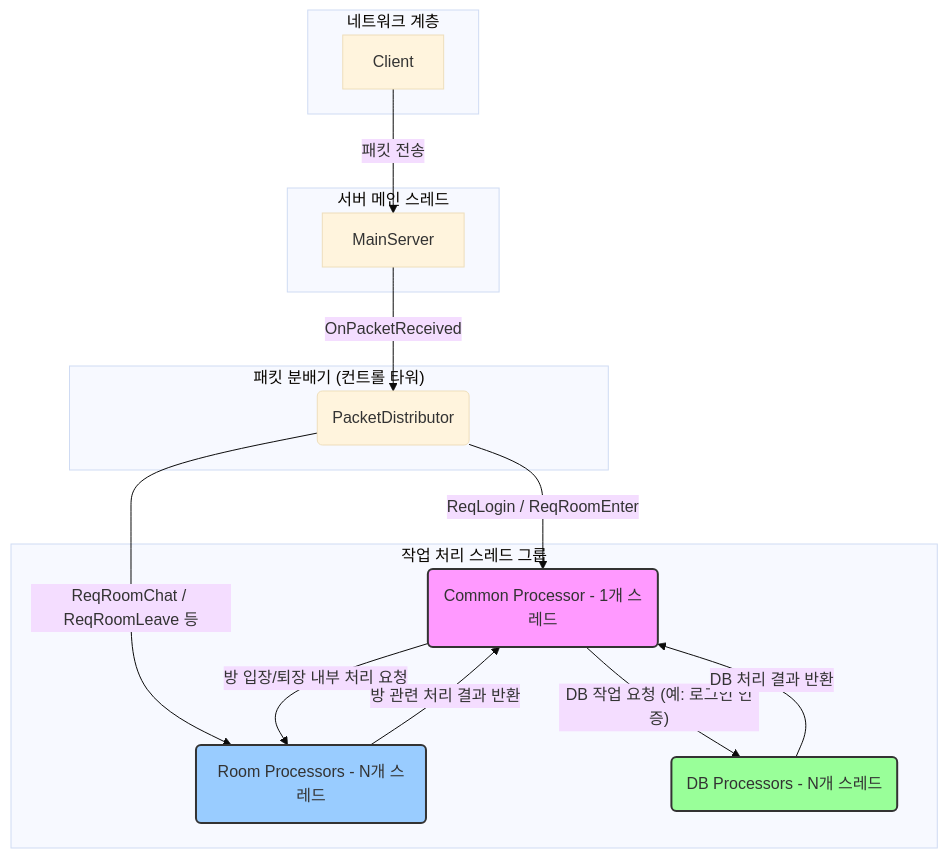
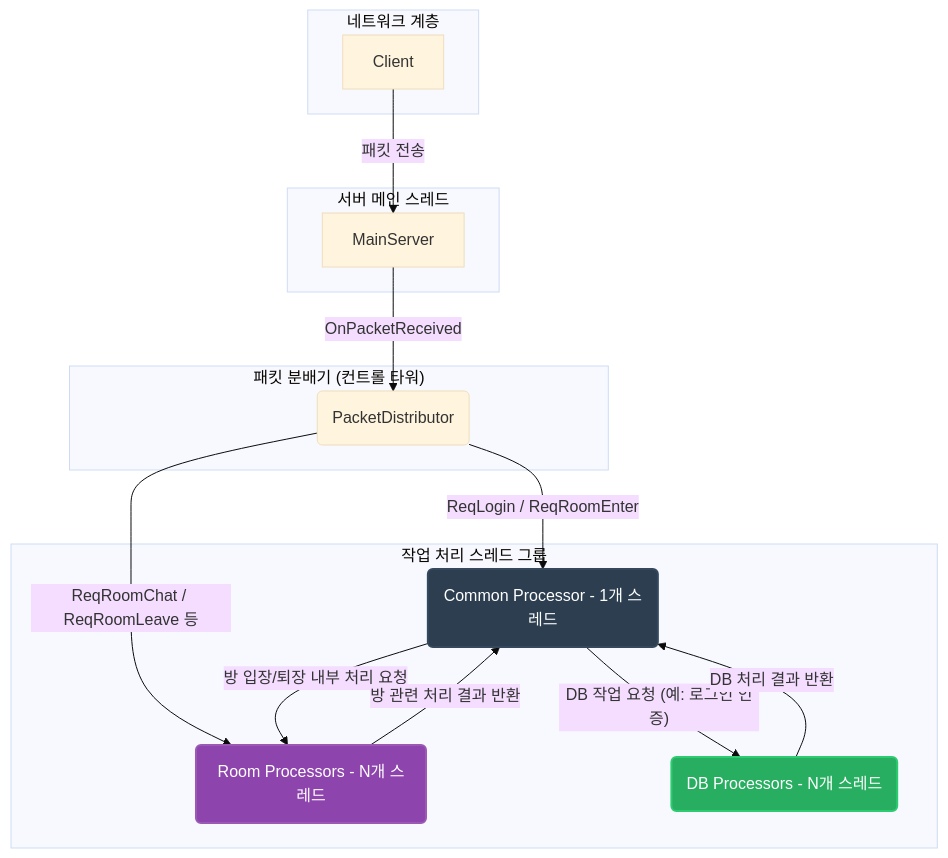
Before and after one commit to jacking75/programming-books-with-ai: the first of 9 diagrams in SuperSocketLite를_이용한_CSharp_게임_서버_프로그래밍/Chapter04.md, drawn with Mermaid (base theme). The commit also changed other lines of this file and 1 other file, not shown here.

````diff
--- a/SuperSocketLite를_이용한_CSharp_게임_서버_프로그래밍/Chapter04.md
+++ b/SuperSocketLite를_이용한_CSharp_게임_서버_프로그래밍/Chapter04.md
@@ -38,37 +38,37 @@
 ```mermaid
 graph TD
     subgraph "네트워크 계층"
         A[Client]
     end
 
     subgraph "서버 메인 스레드"
         B[MainServer]
     end
 
     subgraph "패킷 분배기 (컨트롤 타워)"
         C(PacketDistributor)
     end
 
     subgraph "작업 처리 스레드 그룹"
         D(Common Processor - 1개 스레드)
         E(Room Processors - N개 스레드)
         F(DB Processors - N개 스레드)
     end
     
     A --"패킷 전송"--> B
     B --"OnPacketReceived"--> C
     
     C --"ReqLogin / ReqRoomEnter"--> D
     C --"ReqRoomChat / ReqRoomLeave 등"--> E
     
     D --"DB 작업 요청 (예: 로그인 인증)"--> F
     F --"DB 처리 결과 반환"--> D
 
     D --"방 입장/퇴장 내부 처리 요청"--> E
     E --"방 관련 처리 결과 반환"--> D
     
-    style D fill:#f9f,stroke:#333,stroke-width:2px
-    style E fill:#9cf,stroke:#333,stroke-width:2px
-    style F fill:#9f9,stroke:#333,stroke-width:2px
+    style D fill:#2c3e50,stroke:#34495e,stroke-width:2px,color:#fff
+    style E fill:#8e44ad,stroke:#9b59b6,stroke-width:2px,color:#fff
+    style F fill:#27ae60,stroke:#2ecc71,stroke-width:2px,color:#fff
 
 ```
````
